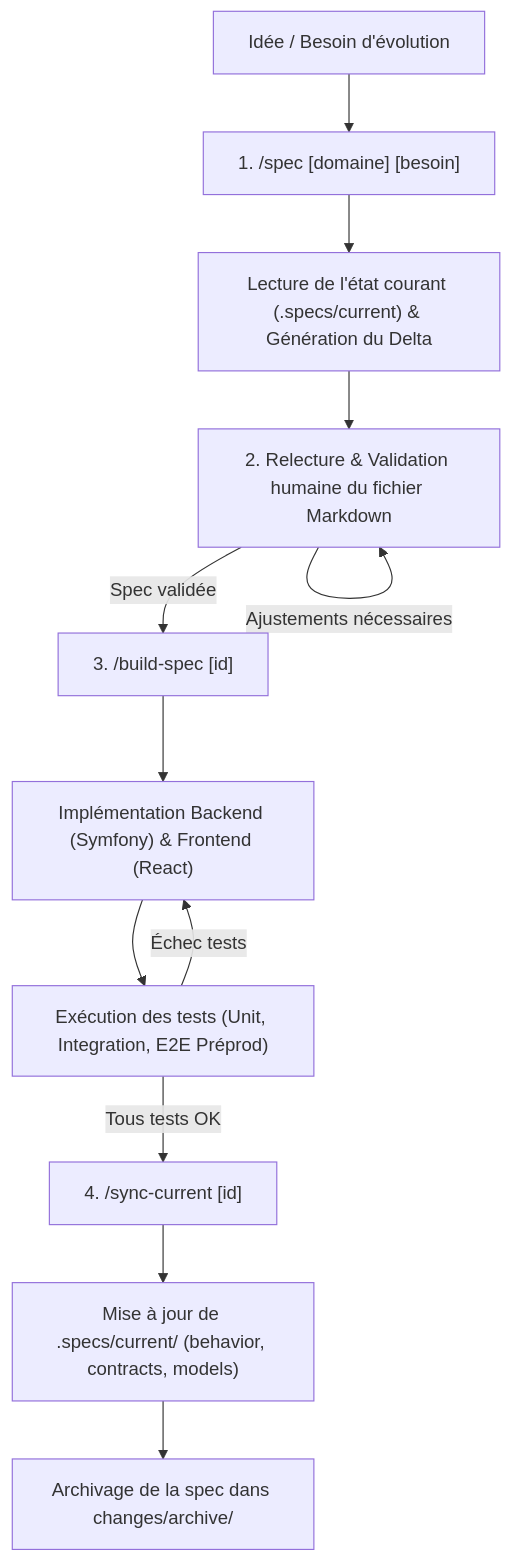
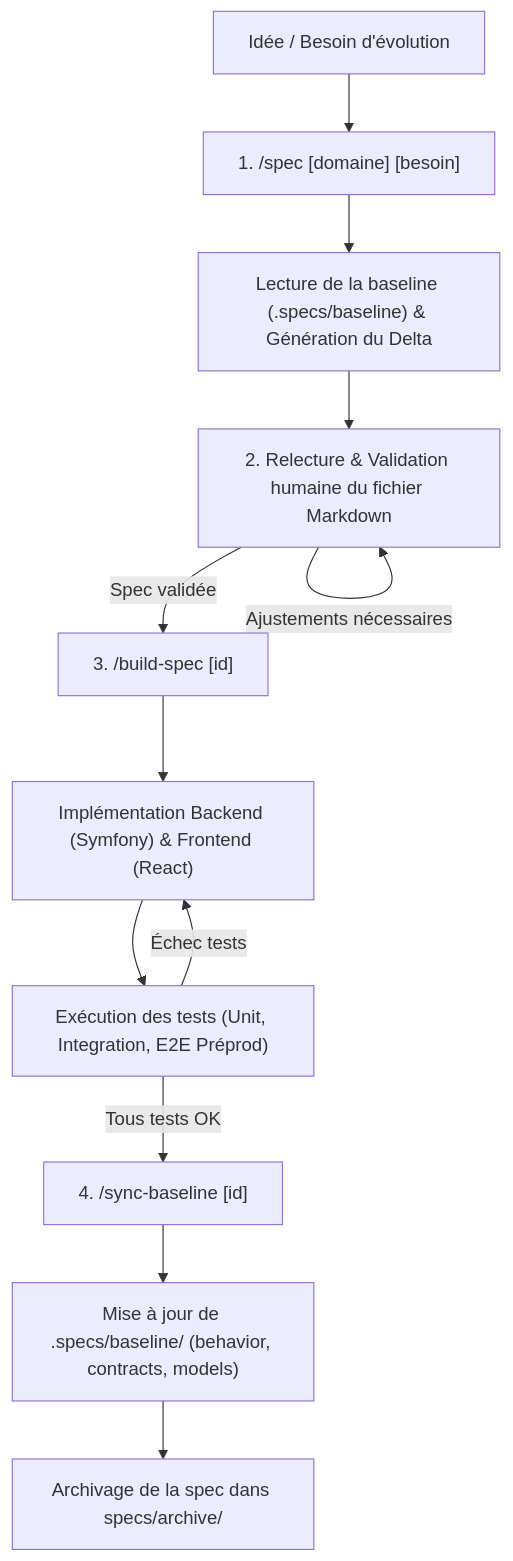
Before and after one commit to ngdo-pro/nanko: the first of 2 diagrams in specs.md, drawn with Mermaid. The commit also changed other lines of this file and 63 other files, not shown here.

Commit message:
refactor(specs): rename changes to specs, current to baseline, and sync-current to sync-baseline

````diff
--- a/specs.md
+++ b/specs.md
@@ -80,14 +80,14 @@
     ```mermaid
     flowchart TD
         A[Idée / Besoin d'évolution] --> B["1. /spec [domaine] [besoin]"]
-        B --> C["Lecture de l'état courant (.specs/current) & Génération du Delta"]
+        B --> C["Lecture de la baseline (.specs/baseline) & Génération du Delta"]
         C --> D["2. Relecture & Validation humaine du fichier Markdown"]
         D -->|Ajustements nécessaires| D
         D -->|Spec validée| E["3. /build-spec [id]"]
         E --> F["Implémentation Backend (Symfony) & Frontend (React)"]
         F --> G["Exécution des tests (Unit, Integration, E2E Préprod)"]
         G -->|Échec tests| F
-        G -->|Tous tests OK| H["4. /sync-current [id]"]
-        H --> I["Mise à jour de .specs/current/ (behavior, contracts, models)"]
-        I --> J["Archivage de la spec dans changes/archive/"]
+        G -->|Tous tests OK| H["4. /sync-baseline [id]"]
+        H --> I["Mise à jour de .specs/baseline/ (behavior, contracts, models)"]
+        I --> J["Archivage de la spec dans specs/archive/"]
     ```
````
